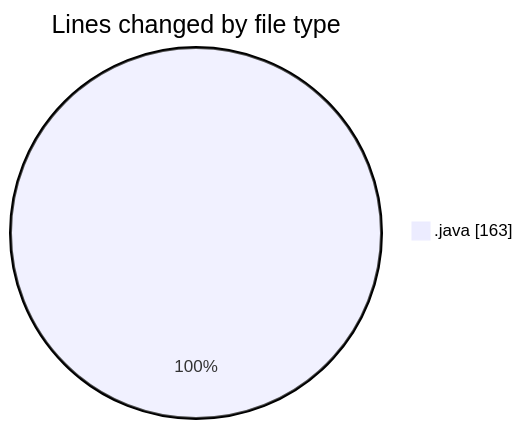
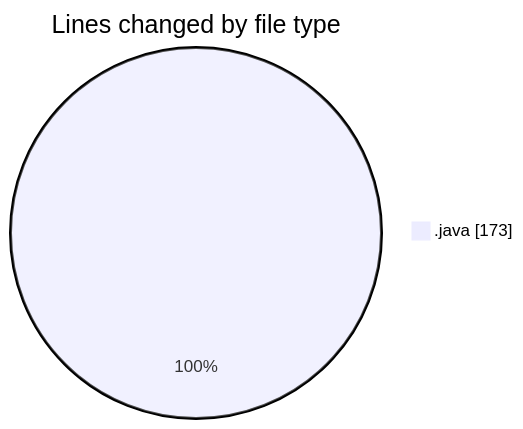
Before and after one commit to ricardozamudiocil/code-tracking: the first of 2 diagrams in 2026-04-30/cilapp/README.md, drawn with Mermaid. The commit also changed other lines of this file and 1 other file, not shown here.

````diff
--- a/2026-04-30/cilapp/README.md
+++ b/2026-04-30/cilapp/README.md
@@ -20,5 +21,5 @@
 ```mermaid
 pie showData
 title Lines changed by file type
-".java" : 163
+".java" : 173
 ```
````
